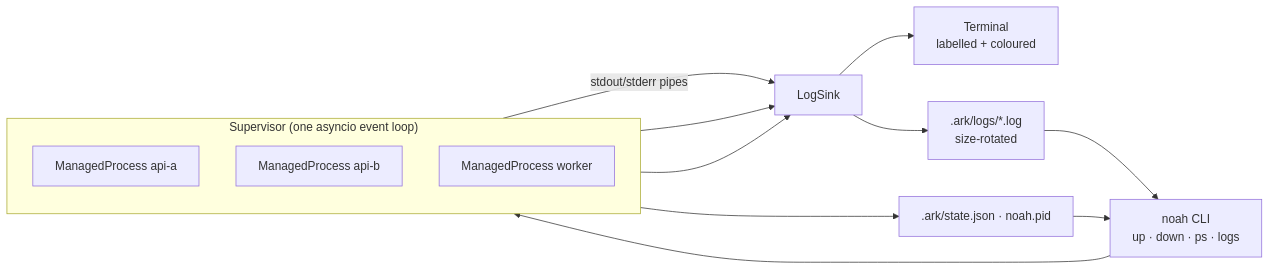
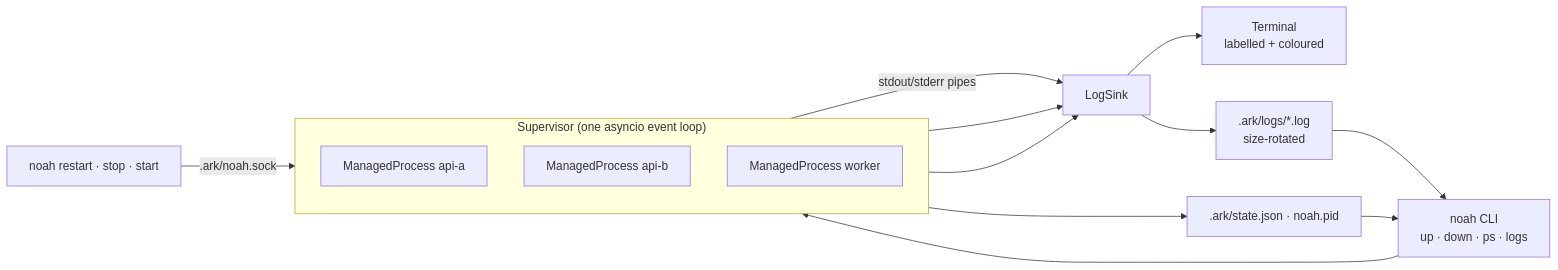
The diagram in README.md (andrewjonathan/noah-ark), drawn with Mermaid before and after one commit. The commit also changed other lines of this file and 1 other file, not shown here.

````diff
--- a/README.md
+++ b/README.md
@@ -150,18 +229,19 @@
 ```mermaid
 flowchart LR
     CLI["noah CLI<br/>up · down · ps · logs"] --> SUP
+    CTL["noah restart · stop · start"] -- ".ark/noah.sock" --> SUP
     subgraph SUP["Supervisor (one asyncio event loop)"]
         direction TB
         MP1["ManagedProcess api-a"]
         MP2["ManagedProcess api-b"]
         MP3["ManagedProcess worker"]
     end
     MP1 -- "stdout/stderr pipes" --> SINK["LogSink"]
     MP2 --> SINK
     MP3 --> SINK
     SINK --> TTY["Terminal<br/>labelled + coloured"]
     SINK --> FILES[".ark/logs/*.log<br/>size-rotated"]
     SUP --> STATE[".ark/state.json · noah.pid"]
     STATE --> CLI
     FILES --> CLI
 ```
````
